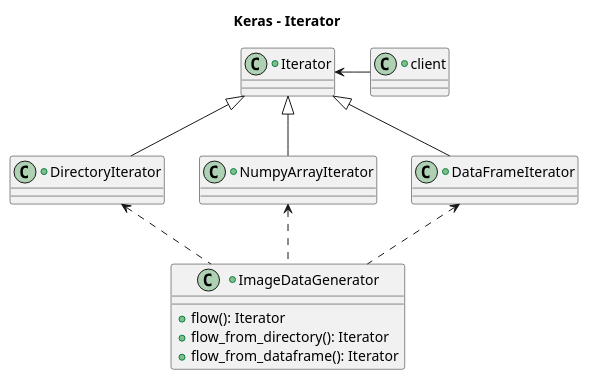
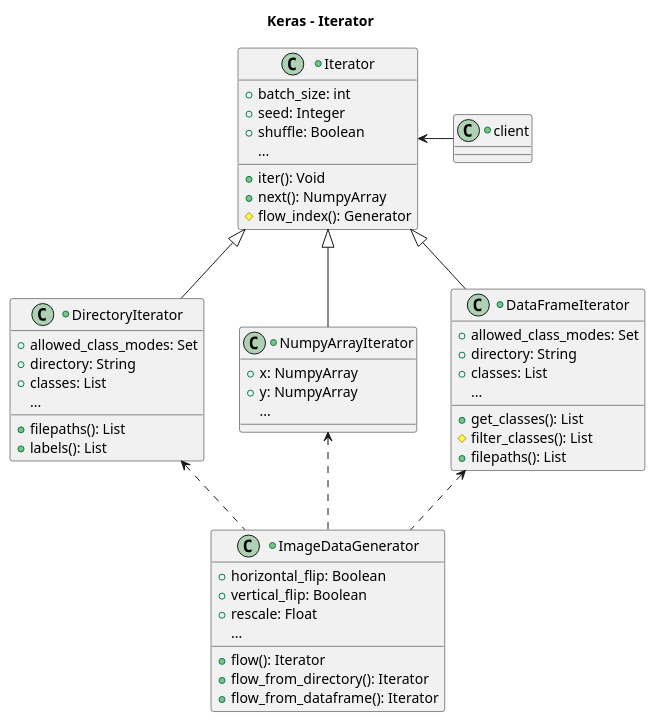
One commit to pholpaphankorn/keras_softarch_assignment changed the diagram in uml_diagram/src/keras_iterator_lite.puml. Above: the diagram before and after it, drawn with PlantUML. The commit also changed 3 other files, not shown here.

```diff
--- a/uml_diagram/src/keras_iterator_lite.puml
+++ b/uml_diagram/src/keras_iterator_lite.puml
@@ -1,37 +1,61 @@
 @startuml
 
 title Keras - Iterator
 
 +class Iterator  {
-
+    +batch_size: int
+    +seed: Integer
+    +shuffle: Boolean
+    ...
+    +iter(): Void
+    +next(): NumpyArray
+    #flow_index(): Generator
+    
 }
 
 +class DirectoryIterator extends Iterator {
-   
+    +allowed_class_modes: Set
+    +directory: String
+    +classes: List
+    ...
+    +filepaths(): List
+    +labels(): List
 }
 
 +class NumpyArrayIterator extends Iterator {
-       
+    +x: NumpyArray
+    +y: NumpyArray
+    ...
 }
   
 
 +class DataFrameIterator extends Iterator {
-     
+    +allowed_class_modes: Set
+    +directory: String
+    +classes: List
+    ...
+    +get_classes(): List
+    #filter_classes(): List
+    +filepaths(): List
 }
 
 +class ImageDataGenerator {
+    +horizontal_flip: Boolean
+    +vertical_flip: Boolean
+    +rescale: Float
+    ...
     +flow(): Iterator
     +flow_from_directory(): Iterator
     +flow_from_dataframe(): Iterator
 }
 
 +class client{
 
 }
 
 ImageDataGenerator -up[dashed]-> DataFrameIterator
 ImageDataGenerator -up[dashed]-> NumpyArrayIterator
 ImageDataGenerator -up[dashed]-> DirectoryIterator
 
 client -left-> Iterator
 @enduml
```
